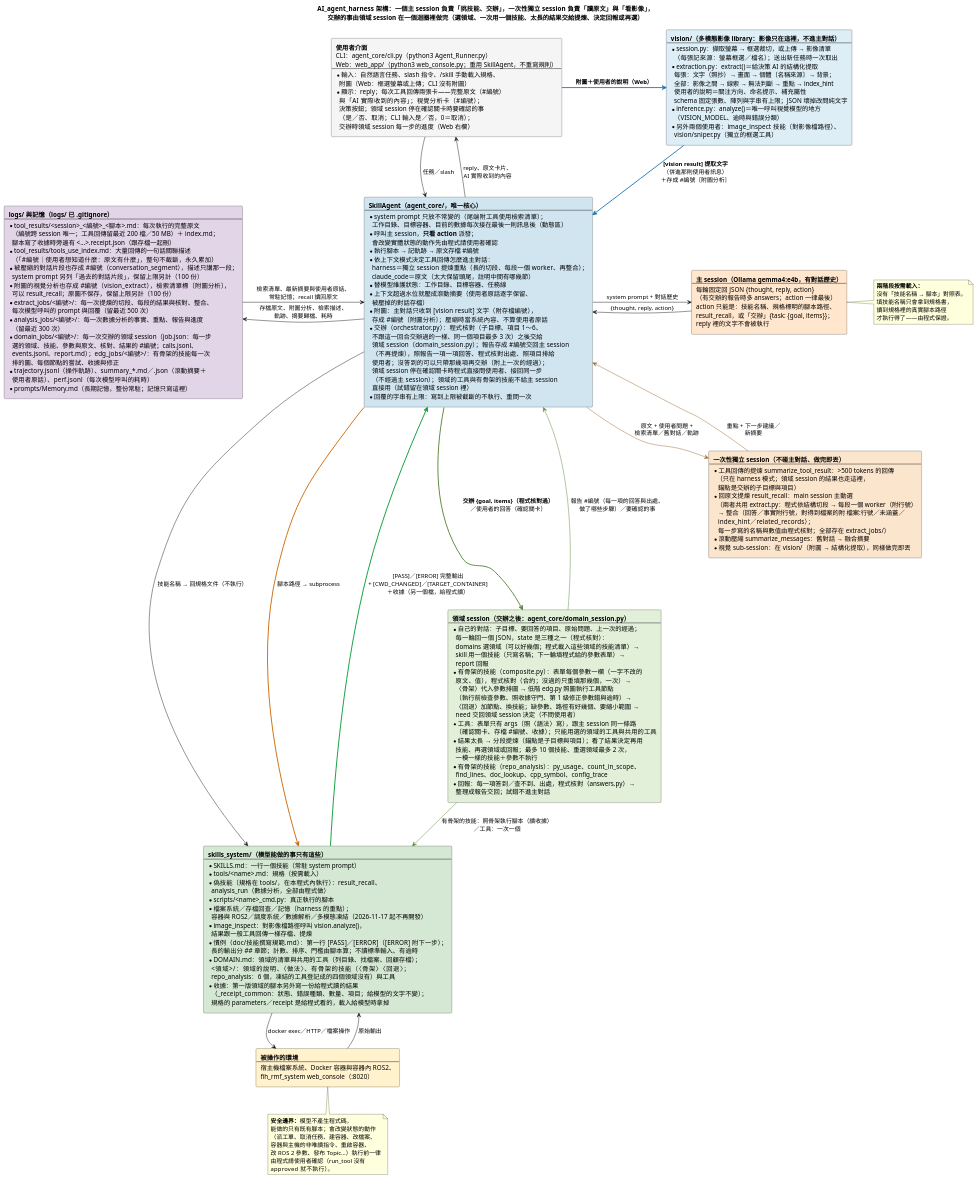
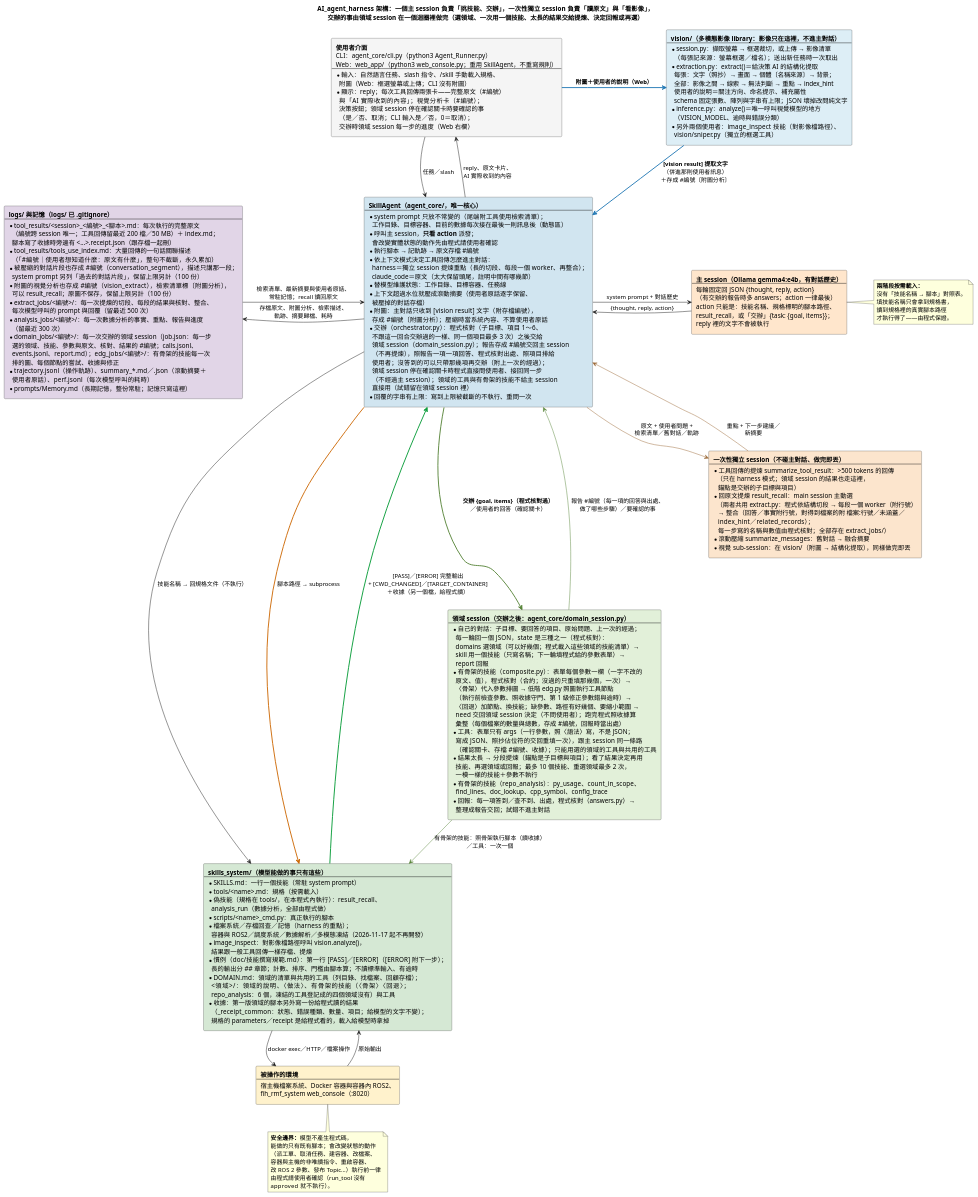
The diagram in doc/diagrams/AI_agent_harness的說明.puml (DavidZox/Coding_agnet), drawn with PlantUML before and after one commit. The commit also changed 21 other files, not shown here.

```diff
--- a/doc/diagrams/AI_agent_harness的說明.puml
+++ b/doc/diagrams/AI_agent_harness的說明.puml
@@ -125,8 +125,10 @@
     〈骨架〉代入參數排圖 → 低階 edg.py 照圖執行工具節點
     （執行前檢查參數、照收據守門、第 1 級修正參數錯與逾時）→
     〈回退〉加節點、換技能；缺參數、路徑有好幾個、要縮小範圍 →
-    need 交回領域 session 決定（不問使用者）
-  * 工具：表單只有 args（照〈語法〉寫），跟主 session 同一條路
+    need 交回領域 session 決定（不問使用者）；跑完程式照收據算
+    彙整（每個檔案的數量與總數，存成 #編號，回報時當出處）
+  * 工具：表單只有 args（一行參數，照〈語法〉寫，不是 JSON；
+    寫成 JSON、照抄佔位符的交回重填一次），跟主 session 同一條路
     （確認關卡、存檔 #編號、收據）；只能用選的領域的工具與共用的工具
   * 結果太長 → 分段提煉（錨點是子目標與項目）；看了結果決定再用
     技能、再選領域或回報；最多 10 個技能、重選領域最多 2 次，
```
